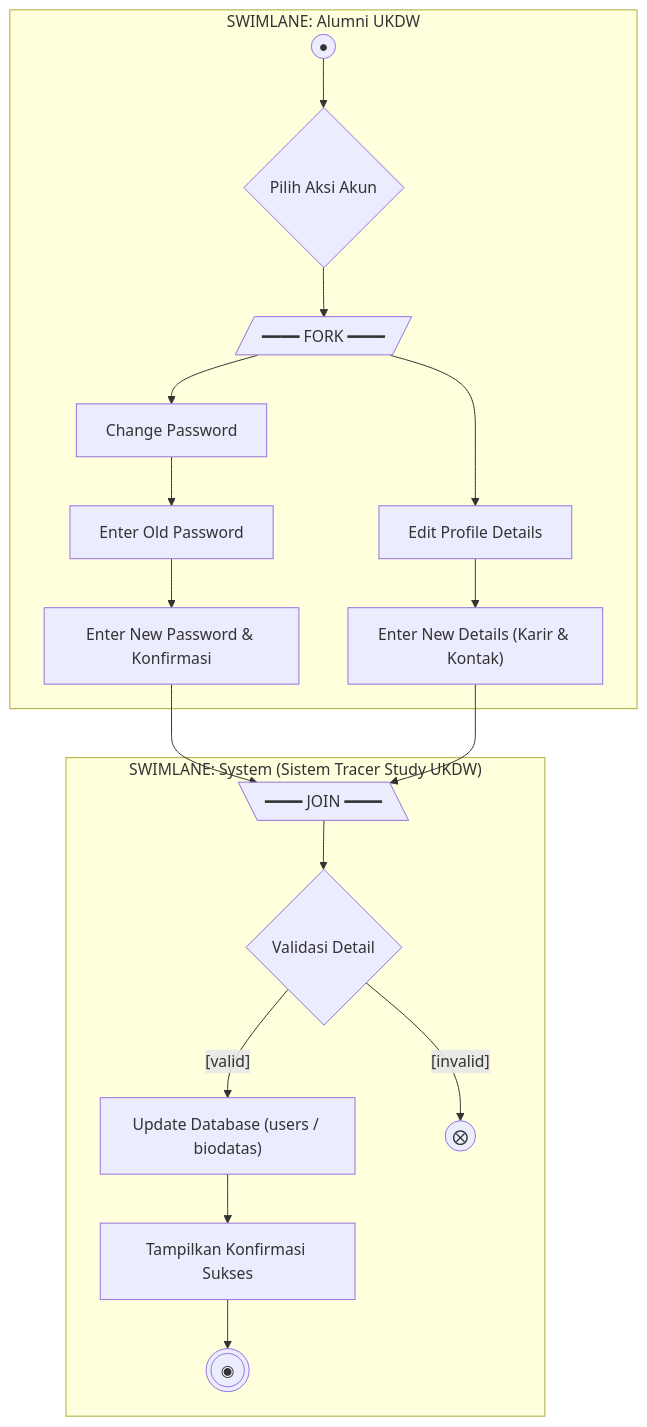
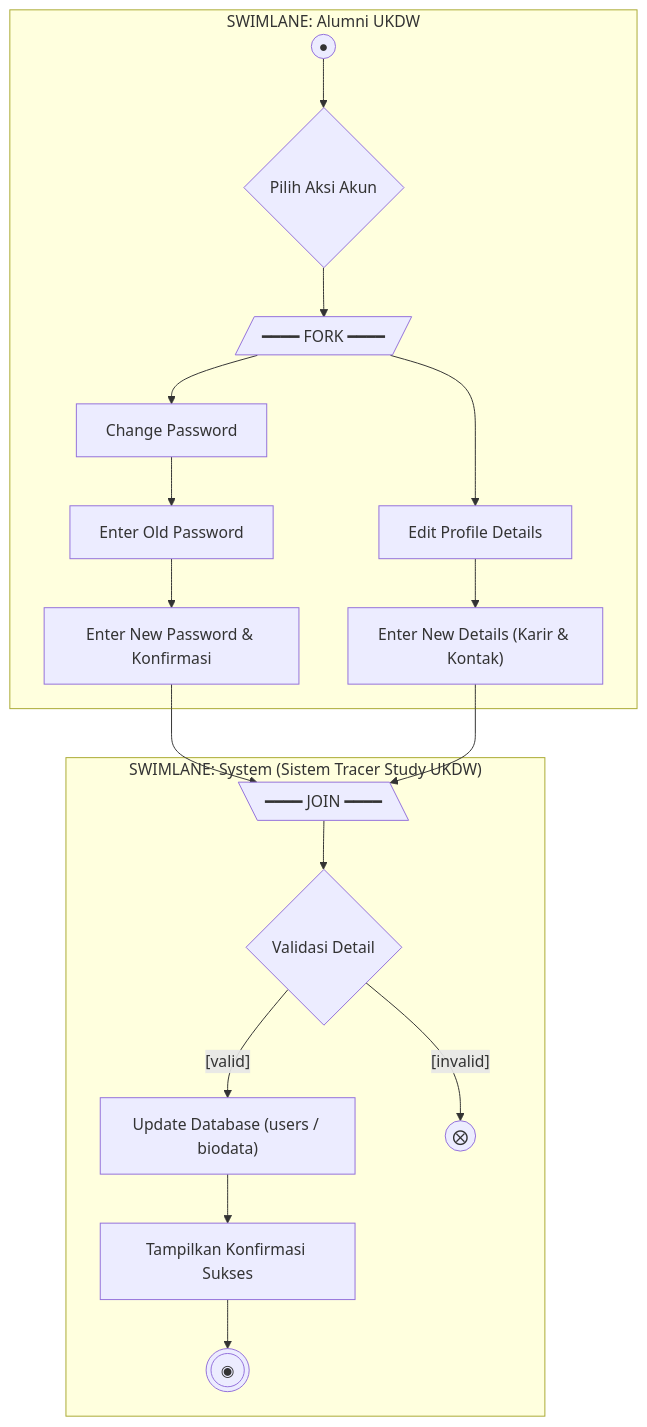
One commit to claraanjelitakd/tracer-ta changed the first of 5 diagrams in docs/activitydiagram.md. Above: the diagram before and after it, drawn with Mermaid. The commit also changed other lines of this file and 54 other files, not shown here.

````diff
--- a/docs/activitydiagram.md
+++ b/docs/activitydiagram.md
@@ -69,36 +69,36 @@
 ```mermaid
 flowchart TD
     %% SWIMLANE 1: ALUMNI UKDW
     subgraph Alumni_Lane["SWIMLANE: Alumni UKDW"]
         Start1((●)) --> DecChoice{"Pilih Aksi Akun"}
         DecChoice --> Fork1[/"━━━━ FORK ━━━━"/]
         
         %% Cabang Ganti Password
         Fork1 --> Act_Pwd["Change Password"]
         Act_Pwd --> Act_OldPwd["Enter Old Password"]
         Act_OldPwd --> Act_NewPwd["Enter New Password & Konfirmasi"]
         
         %% Cabang Edit Profil
         Fork1 --> Act_EditProf["Edit Profile Details"]
         Act_EditProf --> Act_NewDetails["Enter New Details (Karir & Kontak)"]
     end
 
     %% SWIMLANE 2: SYSTEM
     subgraph System_Lane["SWIMLANE: System (Sistem Tracer Study UKDW)"]
         Join1[\"━━━━ JOIN ━━━━"\]
         DecVal{"Validasi Detail"}
-        Act_UpdateDB["Update Database (users / biodatas)"]
+        Act_UpdateDB["Update Database (users / biodata)"]
         Act_Success["Tampilkan Konfirmasi Sukses"]
         EndSuccess(((◉)))
         FlowInvalid((⨂))
     end
 
     %% TRANSISI LINTAS SWIMLANE
     Act_NewPwd --> Join1
     Act_NewDetails --> Join1
     Join1 --> DecVal
     DecVal -- "[invalid]" --> FlowInvalid
     DecVal -- "[valid]" --> Act_UpdateDB
     Act_UpdateDB --> Act_Success
     Act_Success --> EndSuccess
 ```
````
